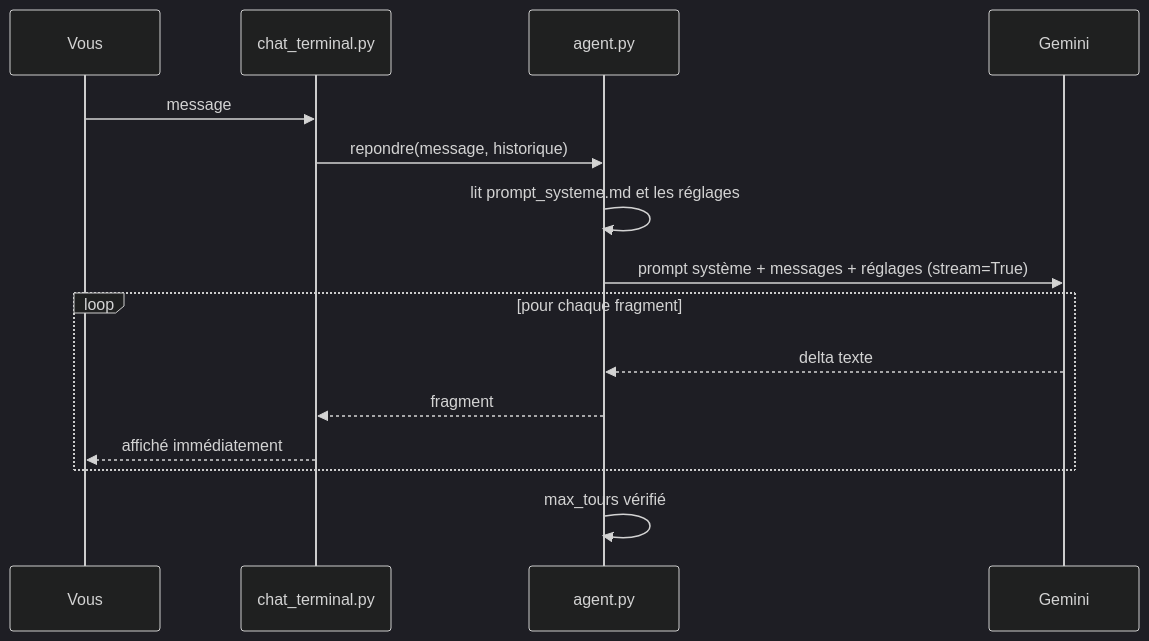
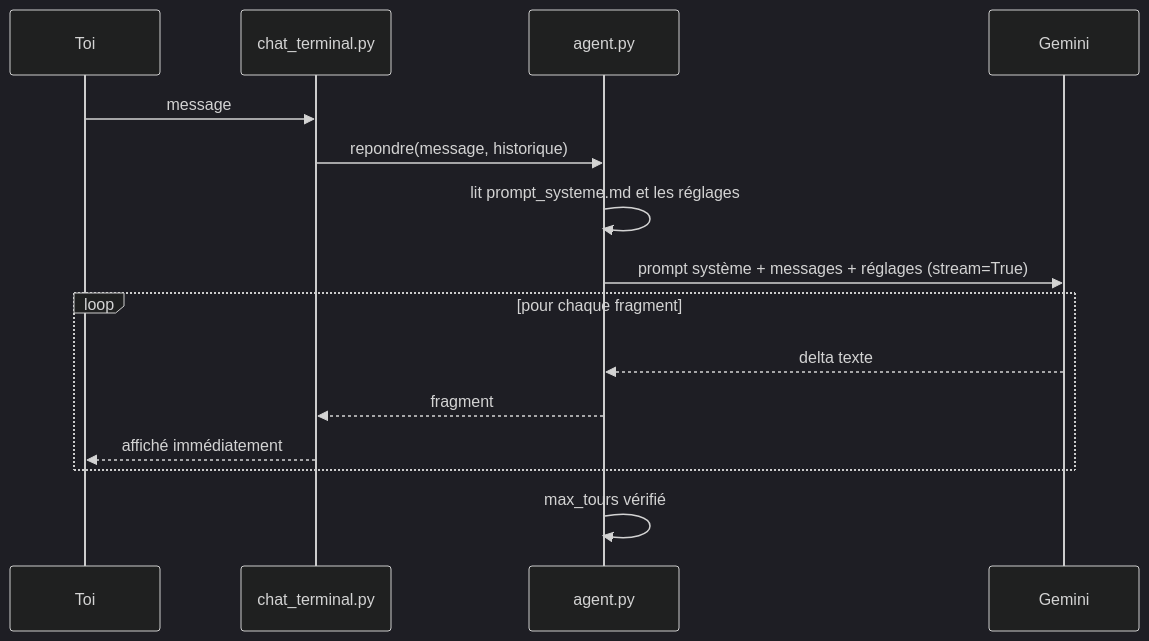
Diagram 11 of 42 in tuto-goodvibe-vibecoding.md (lecinquiemejour-code/goodvibe-tuto), drawn with Mermaid (dark theme) before and after one commit. The commit also changed other lines of this file, not shown here.

````diff
--- a/tuto-goodvibe-vibecoding.md
+++ b/tuto-goodvibe-vibecoding.md
@@ -788,17 +788,17 @@
 ```mermaid
 sequenceDiagram
-    participant U as Vous
+    participant U as Toi
     participant T as chat_terminal.py
     participant A as agent.py
     participant G as Gemini
     U->>T: message
     T->>A: repondre(message, historique)
     A->>A: lit prompt_systeme.md et les réglages
     A->>G: prompt système + messages + réglages (stream=True)
     loop pour chaque fragment
         G-->>A: delta texte
         A-->>T: fragment
         T-->>U: affiché immédiatement
     end
     A->>A: max_tours vérifié
 ```
````
